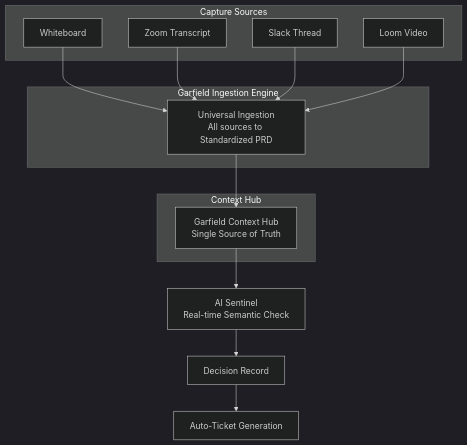
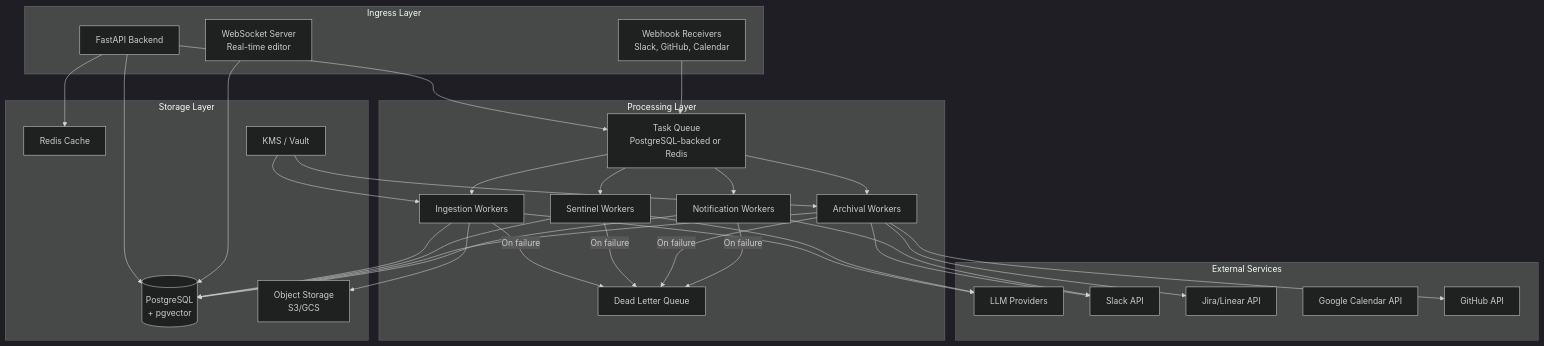
The ninth of 9 diagrams in docs/architecture.md (ckmonish2000/Garfield), drawn with Mermaid (dark theme) before and after one commit. The commit also changed other lines of this file and 1 other file, not shown here.

Commit message:
feat: update the architecture to make it more robust and detailed

````diff
--- a/docs/architecture.md
+++ b/docs/architecture.md
@@ -358,23 +607,46 @@
 ```mermaid
 graph TD
-    subgraph Capture["Capture Sources"]
-        WB[Whiteboard]
-        ZM[Zoom Transcript]
-        SL[Slack Thread]
-        LOOM[Loom Video]
+    subgraph Ingress["Ingress Layer"]
+        API[FastAPI Backend]
+        WH[Webhook Receivers<br/>Slack, GitHub, Calendar]
+        WS[WebSocket Server<br/>Real-time editor]
     end
 
-    subgraph Ingest["Garfield Ingestion Engine"]
-        GIE[Universal Ingestion<br/>All sources to Standardized PRD]
+    subgraph Processing["Processing Layer"]
+        Q[Task Queue<br/>PostgreSQL-backed or Redis]
+        W1[Ingestion Workers]
+        W2[Sentinel Workers]
+        W3[Archival Workers]
+        W4[Notification Workers]
+        DLQ[Dead Letter Queue]
     end
 
-    subgraph Hub["Context Hub"]
-        CTX[Garfield Context Hub<br/>Single Source of Truth]
+    subgraph Storage["Storage Layer"]
+        PG[(PostgreSQL<br/>+ pgvector)]
+        S3[Object Storage<br/>S3/GCS]
+        CACHE[Redis Cache]
+        KMS[KMS / Vault]
     end
 
-    WB & ZM & SL & LOOM --> GIE
-    GIE --> CTX
-    CTX --> SENT[AI Sentinel<br/>Real-time Semantic Check]
-    SENT --> DR[Decision Record]
-    DR --> AT[Auto-Ticket Generation]
+    subgraph External["External Services"]
+        LLM[LLM Providers]
+        SLACK[Slack API]
+        JIRA[Jira/Linear API]
+        GCAL[Google Calendar API]
+        GH[GitHub API]
+    end
+
+    API --> Q
+    WH --> Q
+    Q --> W1 & W2 & W3 & W4
+    W1 & W2 & W3 & W4 -->|On failure| DLQ
+    W1 & W2 & W3 & W4 --> PG
+    W1 --> S3
+    W1 & W2 --> LLM
+    W3 --> SLACK & JIRA & GH
+    W4 --> SLACK
+    API --> CACHE
+    API --> PG
+    WS --> PG
+    KMS --> W1 & W3
 ```
````
